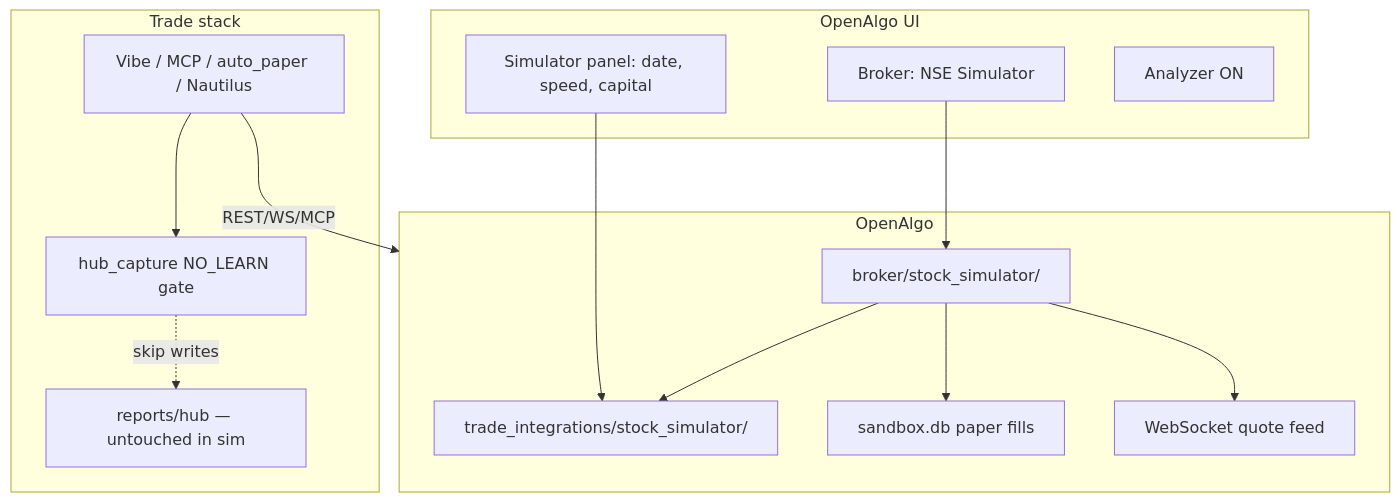
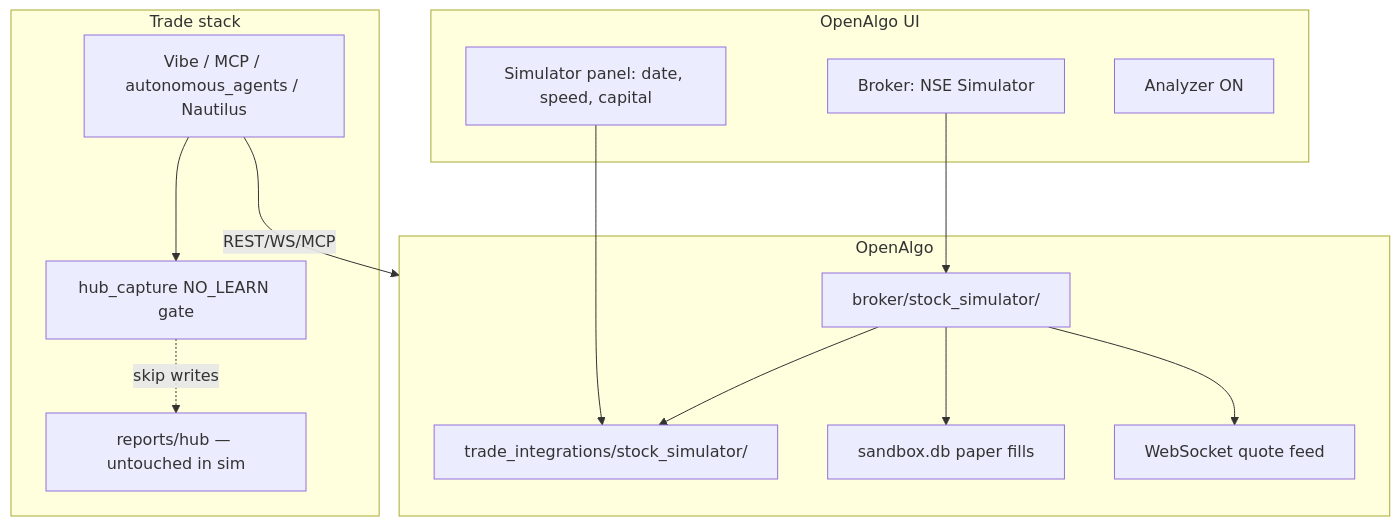
The diagram in docs/superpowers/plans/2026-07-22-stock-simulator.md (p1927/trade), drawn with Mermaid before and after one commit. The commit also changed 107 other files, not shown here.

First line of the commit message:
refactor(autonomous): remove auto_paper; migrate to autonomous_agents

````diff
--- a/docs/superpowers/plans/2026-07-22-stock-simulator.md
+++ b/docs/superpowers/plans/2026-07-22-stock-simulator.md
@@ -23,30 +23,30 @@
 ```mermaid
 flowchart TB
   subgraph ui [OpenAlgo UI]
     BrokerSelect["Broker: NSE Simulator"]
     SimPanel["Simulator panel: date, speed, capital"]
     Analyzer["Analyzer ON"]
   end
 
   subgraph oa [OpenAlgo]
     Plugin["broker/stock_simulator/"]
     SimCore["trade_integrations/stock_simulator/"]
     Sandbox["sandbox.db paper fills"]
     WS["WebSocket quote feed"]
   end
 
   subgraph trade [Trade stack]
-    Agents["Vibe / MCP / auto_paper / Nautilus"]
+    Agents["Vibe / MCP / autonomous_agents / Nautilus"]
     HubGate["hub_capture NO_LEARN gate"]
     Hub["reports/hub — untouched in sim"]
   end
 
   BrokerSelect --> Plugin
   SimPanel --> SimCore
   Plugin --> SimCore
   Plugin --> Sandbox
   Plugin --> WS
   Agents -->|"REST/WS/MCP"| oa
   Agents --> HubGate
   HubGate -.->|"skip writes"| Hub
 ```
````
